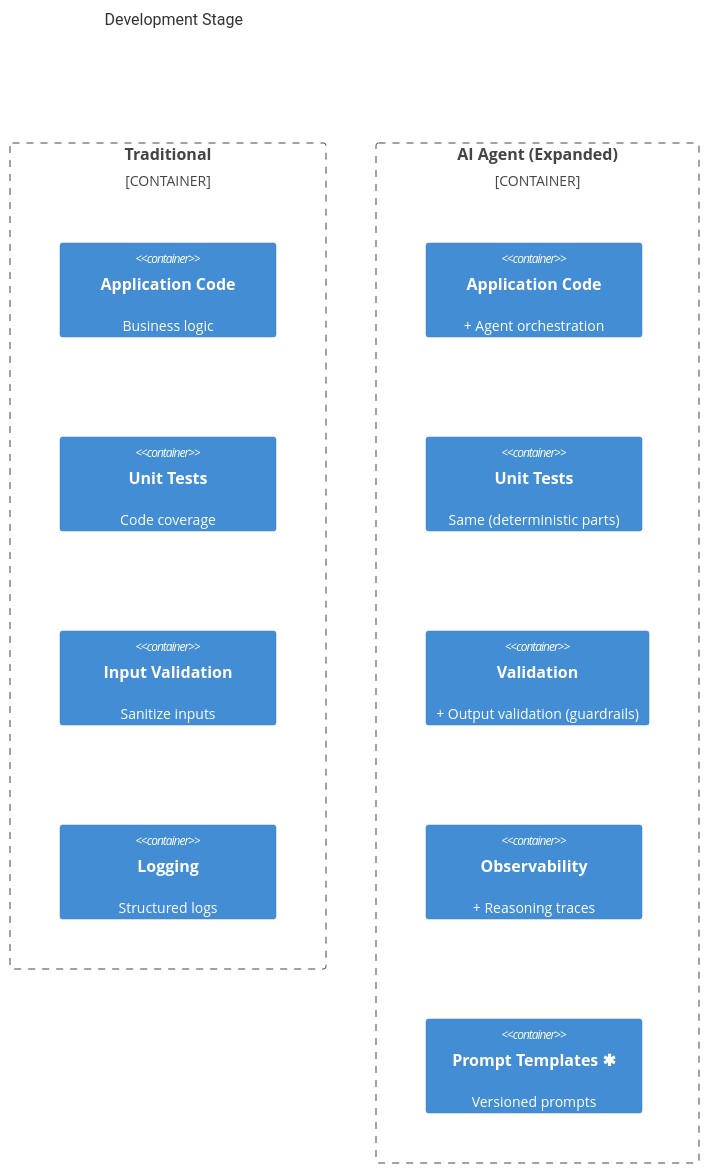
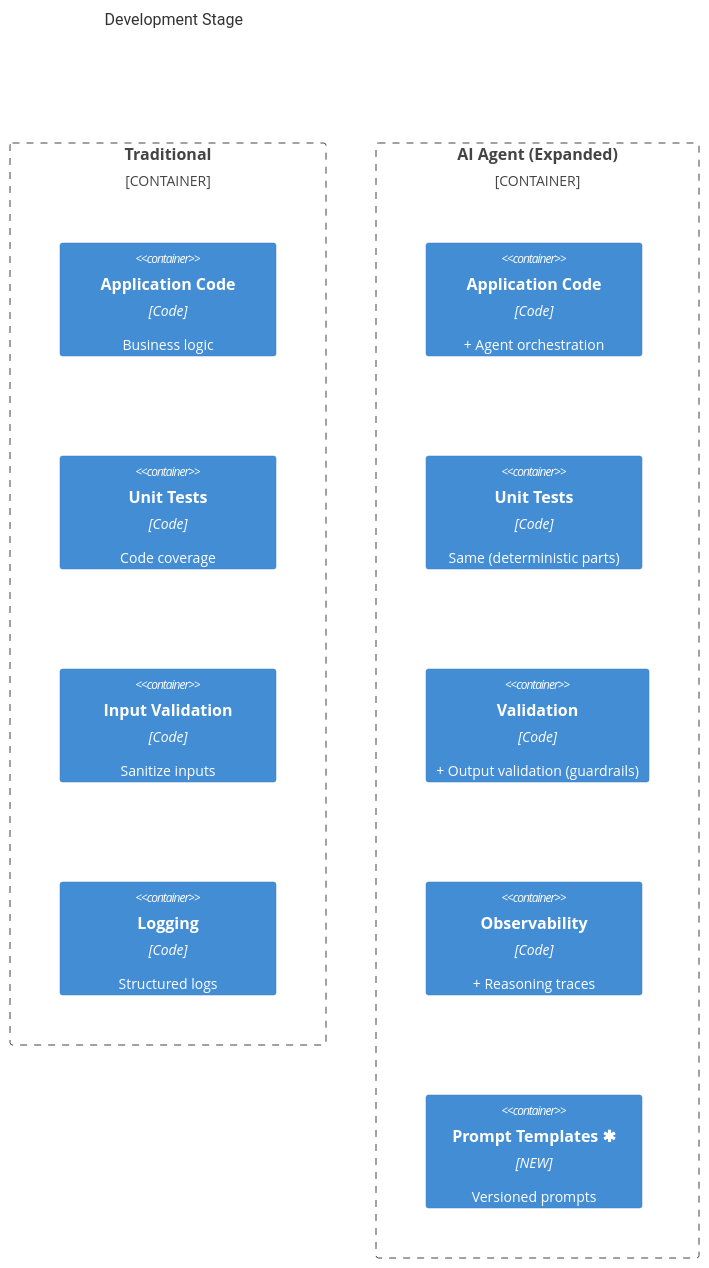
Before and after one commit to Ingeniator/ai-agent-sdlc-docs: the fifth of 8 diagrams in 03-comparison.md, drawn with Mermaid. The commit also changed other lines of this file and 2 other files, not shown here.

````diff
--- a/03-comparison.md
+++ b/03-comparison.md
@@ -162,19 +162,19 @@
 ```mermaid
 C4Container
     title Development Stage
 
     Container_Boundary(trad, "Traditional") {
-        Container(t1, "Application Code", "", "Business logic")
-        Container(t2, "Unit Tests", "", "Code coverage")
-        Container(t3, "Input Validation", "", "Sanitize inputs")
-        Container(t4, "Logging", "", "Structured logs")
+        Container(t1, "Application Code", "Code", "Business logic")
+        Container(t2, "Unit Tests", "Code", "Code coverage")
+        Container(t3, "Input Validation", "Code", "Sanitize inputs")
+        Container(t4, "Logging", "Code", "Structured logs")
     }
 
     Container_Boundary(ai, "AI Agent (Expanded)") {
-        Container(a1, "Application Code", "", "+ Agent orchestration")
-        Container(a2, "Unit Tests", "", "Same (deterministic parts)")
-        Container(a3, "Validation", "", "+ Output validation (guardrails)")
-        Container(a4, "Observability", "", "+ Reasoning traces")
-        Container(a5, "Prompt Templates ✱", "", "Versioned prompts")
+        Container(a1, "Application Code", "Code", "+ Agent orchestration")
+        Container(a2, "Unit Tests", "Code", "Same (deterministic parts)")
+        Container(a3, "Validation", "Code", "+ Output validation (guardrails)")
+        Container(a4, "Observability", "Code", "+ Reasoning traces")
+        Container(a5, "Prompt Templates ✱", "NEW", "Versioned prompts")
     }
 ```
````
